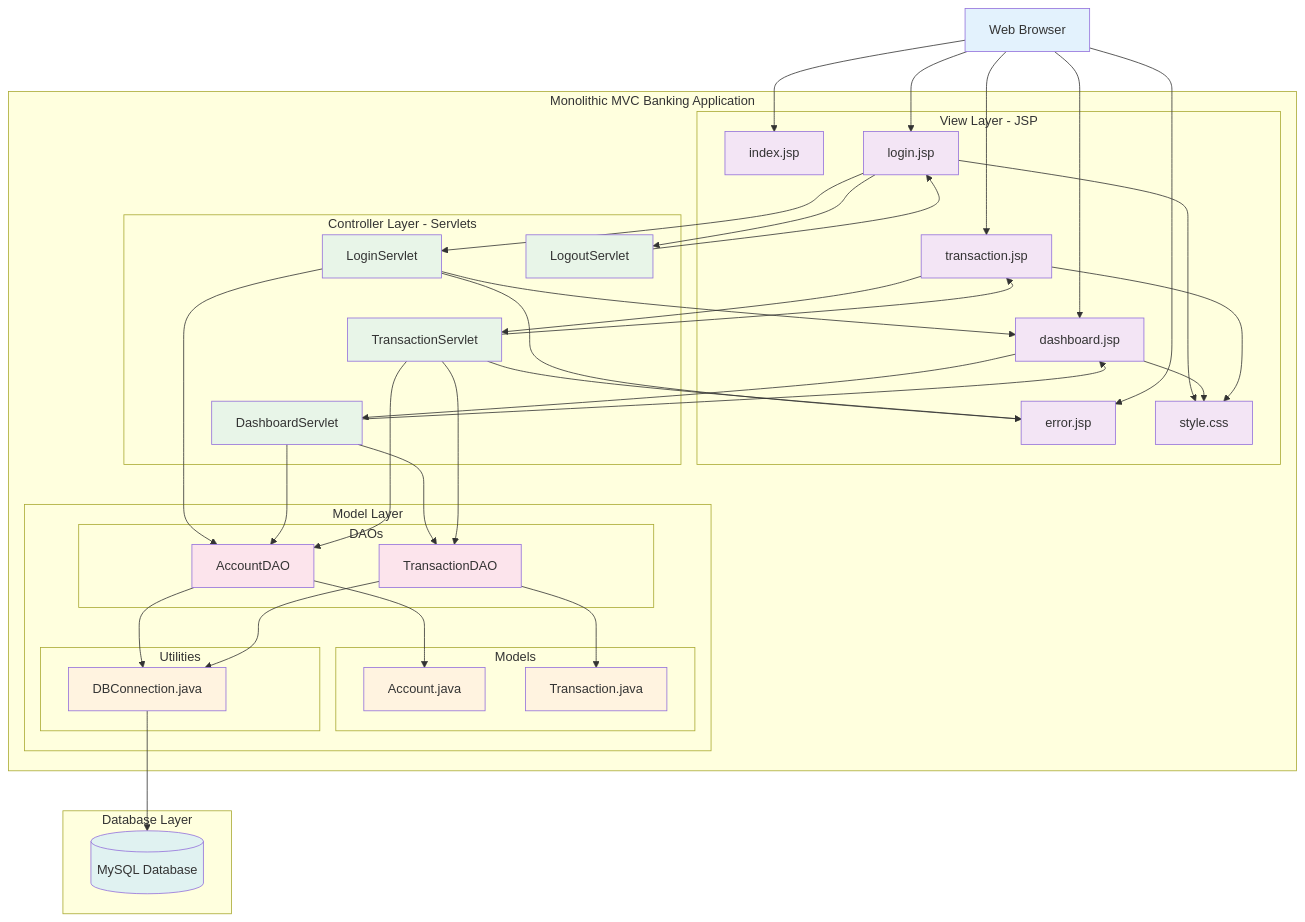
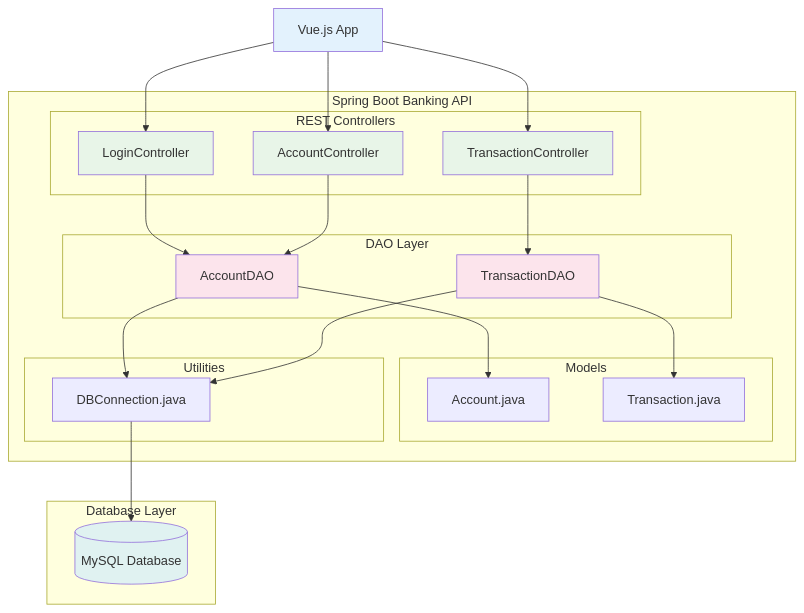
The diagram in README.md (RICH0423/banking-app), drawn with Mermaid before and after one commit. The commit also changed other lines of this file and 9 other files, not shown here.

Commit message:
Refactor to Spring Boot with Vue.js

````diff
--- a/README.md
+++ b/README.md
@@ -8,107 +8,57 @@
 ```mermaid
 graph TB
     %% Client Layer
-    Browser[Web Browser]
-    
-    %% Monolithic MVC Application
-    subgraph "Monolithic MVC Banking Application"
-        %% View Layer (JSP)
-        subgraph "View Layer - JSP"
-            INDEX[index.jsp]
-            LOGIN[login.jsp]
-            DASH[dashboard.jsp]
-            TRANS[transaction.jsp]
-            ERROR[error.jsp]
-            CSS[style.css]
+    Vue["Vue.js App"]
+
+    %% Spring Boot Application
+    subgraph "Spring Boot Banking API"
+        subgraph "REST Controllers"
+            LC[LoginController]
+            AC[AccountController]
+            TC[TransactionController]
         end
-        
-        %% Controller Layer (Servlets)
-        subgraph "Controller Layer - Servlets"
-            LS[LoginServlet]
-            DS[DashboardServlet]
-            TS[TransactionServlet]
-            LOS[LogoutServlet]
+
+        subgraph "DAO Layer"
+            ADAO[AccountDAO]
+            TDAO[TransactionDAO]
         end
-        
-        %% Model Layer
-        subgraph "Model Layer"
-            subgraph "DAOs"
-                ADAO[AccountDAO]
-                TDAO[TransactionDAO]
-            end
-            
-            subgraph "Models"
-                ACC[Account.java]
-                TRN[Transaction.java]
-            end
-            
-            subgraph "Utilities"
-                DBC[DBConnection.java]
-            end
+
+        subgraph "Models"
+            ACC[Account.java]
+            TRN[Transaction.java]
+        end
+
+        subgraph "Utilities"
+            DBC[DBConnection.java]
         end
     end
-    
+
     %% Database Layer
     subgraph "Database Layer"
         MySQL[(MySQL Database)]
     end
-    
+
     %% Request Flow
-    Browser --> INDEX
-    Browser --> LOGIN
-    Browser --> DASH
-    Browser --> TRANS
-    Browser --> ERROR
-    
-    %% Static Resources
-    LOGIN --> CSS
-    DASH --> CSS
-    TRANS --> CSS
-    
-    %% JSP to Servlets
-    LOGIN --> LS
-    DASH --> DS
-    TRANS --> TS
-    LOGIN --> LOS
-    
-    %% Servlet Response to JSP
-    LS --> DASH
-    LS --> ERROR
-    DS --> DASH
-    TS --> TRANS
-    TS --> ERROR
-    LOS --> LOGIN
-    
-    %% Servlets to DAOs
-    LS --> ADAO
-    DS --> ADAO
-    DS --> TDAO
-    TS --> ADAO
-    TS --> TDAO
-    
-    %% DAOs use Models
+    Vue --> LC
+    Vue --> AC
+    Vue --> TC
+    LC --> ADAO
+    AC --> ADAO
+    TC --> TDAO
     ADAO --> ACC
     TDAO --> TRN
-    
-    %% DAOs use DB Connection
     ADAO --> DBC
     TDAO --> DBC
-    
-    %% DB Connection to MySQL
     DBC --> MySQL
-    
+
     %% Styling
     classDef client fill:#e3f2fd
-    classDef view fill:#f3e5f5
     classDef controller fill:#e8f5e8
-    classDef model fill:#fff3e0
     classDef dao fill:#fce4ec
     classDef database fill:#e0f2f1
-    
-    class Browser client
-    class INDEX,LOGIN,DASH,TRANS,ERROR,CSS view
-    class LS,DS,TS,LOS controller
-    class ACC,TRN,DBC model
+
+    class Vue client
+    class LC,AC,TC controller
     class ADAO,TDAO dao
     class MySQL database
 ```
````
